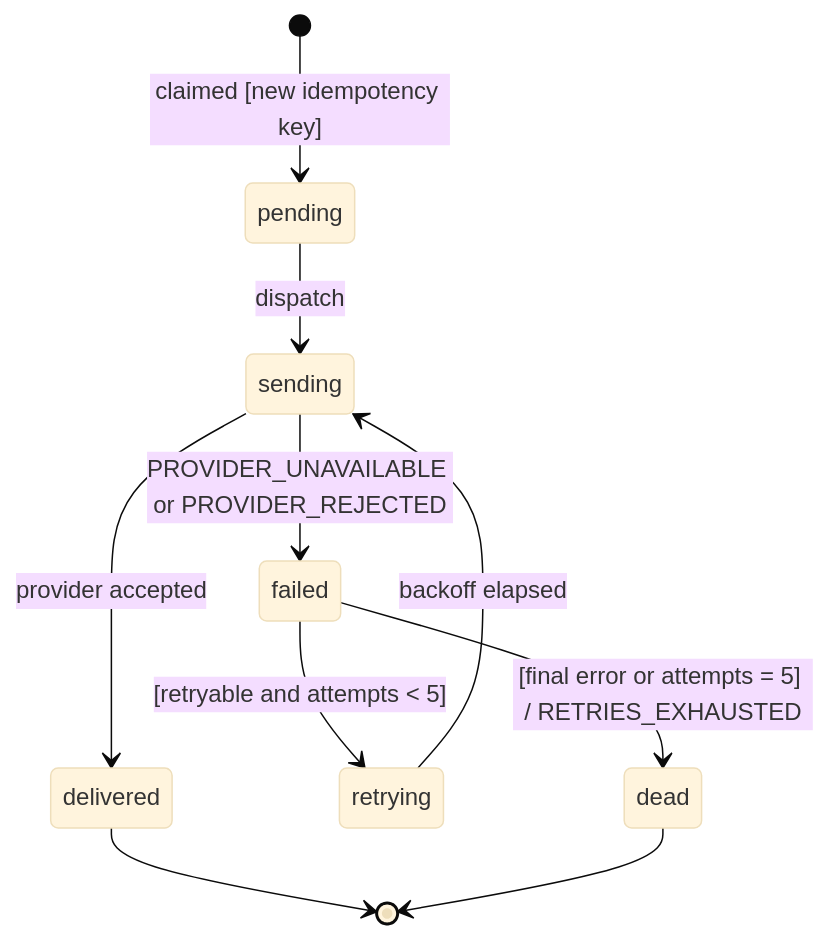
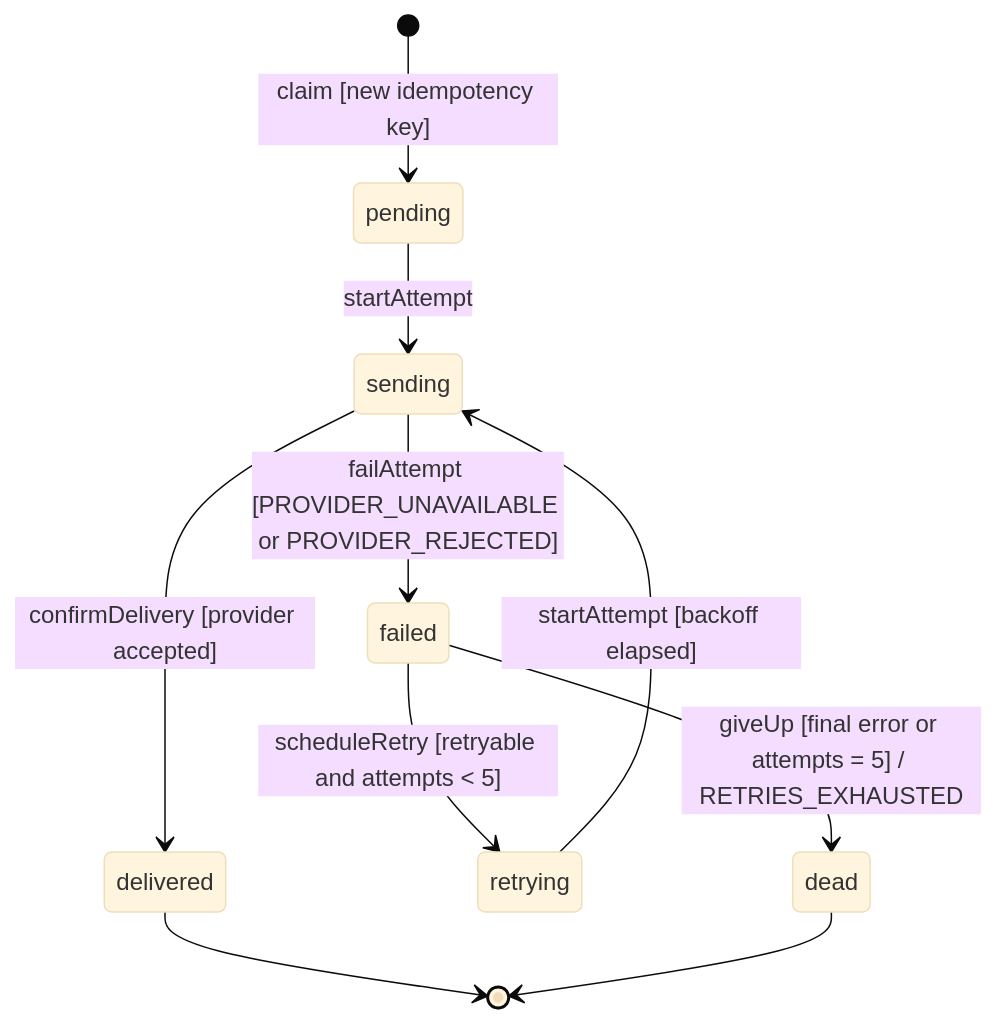
The first of 2 diagrams in blueprint/references/notifications.blueprint.md (ptetau/pskills), drawn with Mermaid (base theme) before and after one commit. The commit also changed other lines of this file and 9 other files, not shown here.

````diff
--- a/blueprint/references/notifications.blueprint.md
+++ b/blueprint/references/notifications.blueprint.md
@@ -175,12 +193,12 @@
 ```mermaid
 stateDiagram-v2
-  [*] --> pending: claimed [new idempotency key]
-  pending --> sending: dispatch
-  sending --> delivered: provider accepted
-  sending --> failed: PROVIDER_UNAVAILABLE or PROVIDER_REJECTED
-  failed --> retrying: [retryable and attempts < 5]
-  failed --> dead: [final error or attempts = 5] / RETRIES_EXHAUSTED
-  retrying --> sending: backoff elapsed
+  [*] --> pending: claim [new idempotency key]
+  pending --> sending: startAttempt
+  sending --> delivered: confirmDelivery [provider accepted]
+  sending --> failed: failAttempt [PROVIDER_UNAVAILABLE or PROVIDER_REJECTED]
+  failed --> retrying: scheduleRetry [retryable and attempts < 5]
+  failed --> dead: giveUp [final error or attempts = 5] / RETRIES_EXHAUSTED
+  retrying --> sending: startAttempt [backoff elapsed]
   delivered --> [*]
   dead --> [*]
 ```
````
